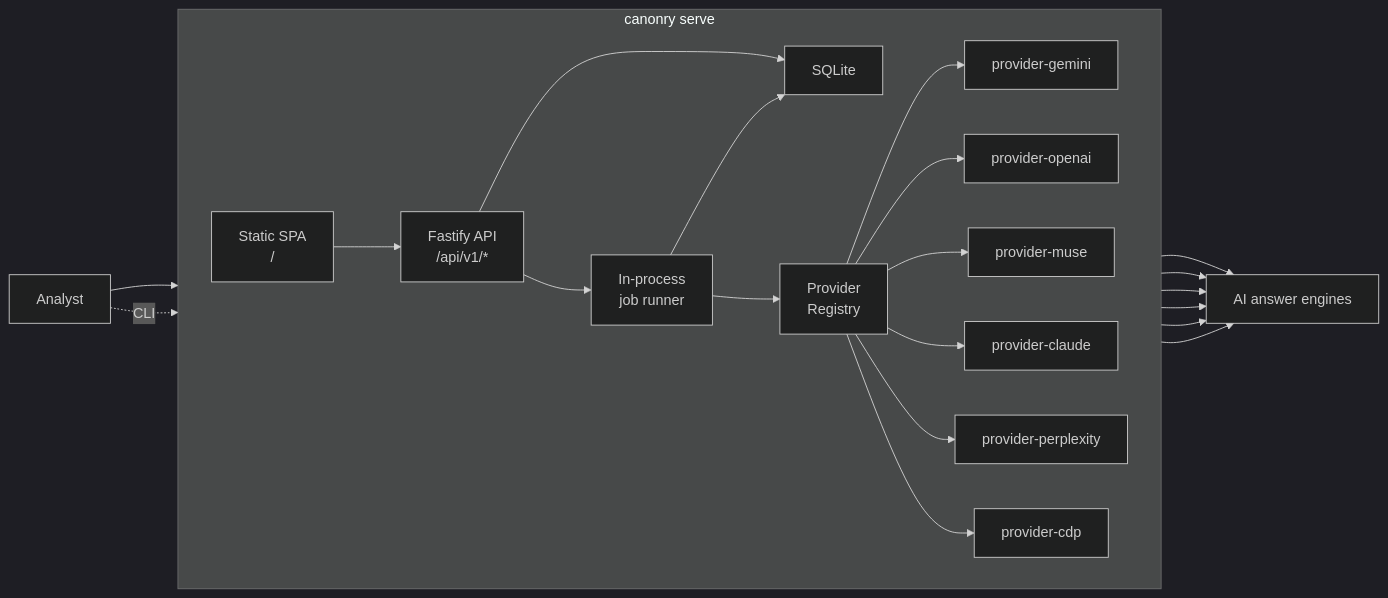
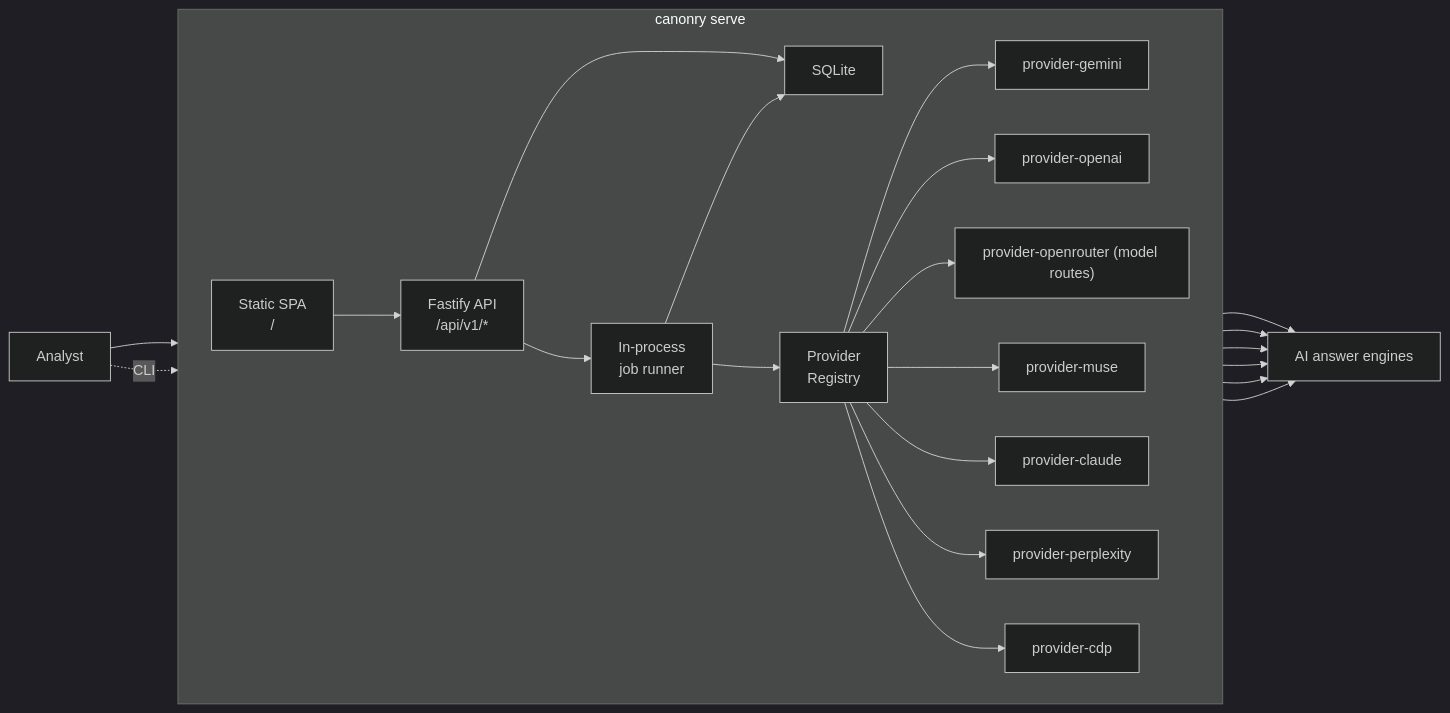
The first of 3 diagrams in docs/architecture.md (Canonry/canonry), drawn with Mermaid (dark theme) before and after one commit. The commit also changed other lines of this file and 137 other files, not shown here.

Commit message:
feat: add OpenRouter sweep and agent support

````diff
--- a/docs/architecture.md
+++ b/docs/architecture.md
@@ -13,29 +13,30 @@
 ```mermaid
 flowchart LR
   User["Analyst"]
   Target["AI answer engines"]
 
   subgraph Process["canonry serve"]
     direction LR
     SPA["Static SPA<br/>/"] --> API["Fastify API<br/>/api/v1/*"]
     API --> JobRunner["In-process<br/>job runner"]
     API --> SQLite["SQLite"]
     JobRunner --> Registry["Provider<br/>Registry"]
     Registry --> Gemini["provider-gemini"]
     Registry --> OpenAI["provider-openai"]
+    Registry --> OpenRouter["provider-openrouter (model routes)"]
     Registry --> Muse["provider-muse"]
     Registry --> Claude["provider-claude"]
     Registry --> Perplexity["provider-perplexity"]
     Registry --> CDP["provider-cdp"]
     JobRunner --> SQLite
   end
 
   User --> SPA
   User -. CLI .-> API
   Gemini --> Target
   OpenAI --> Target
   Muse --> Target
   Claude --> Target
   Perplexity --> Target
   CDP --> Target
 ```
````
